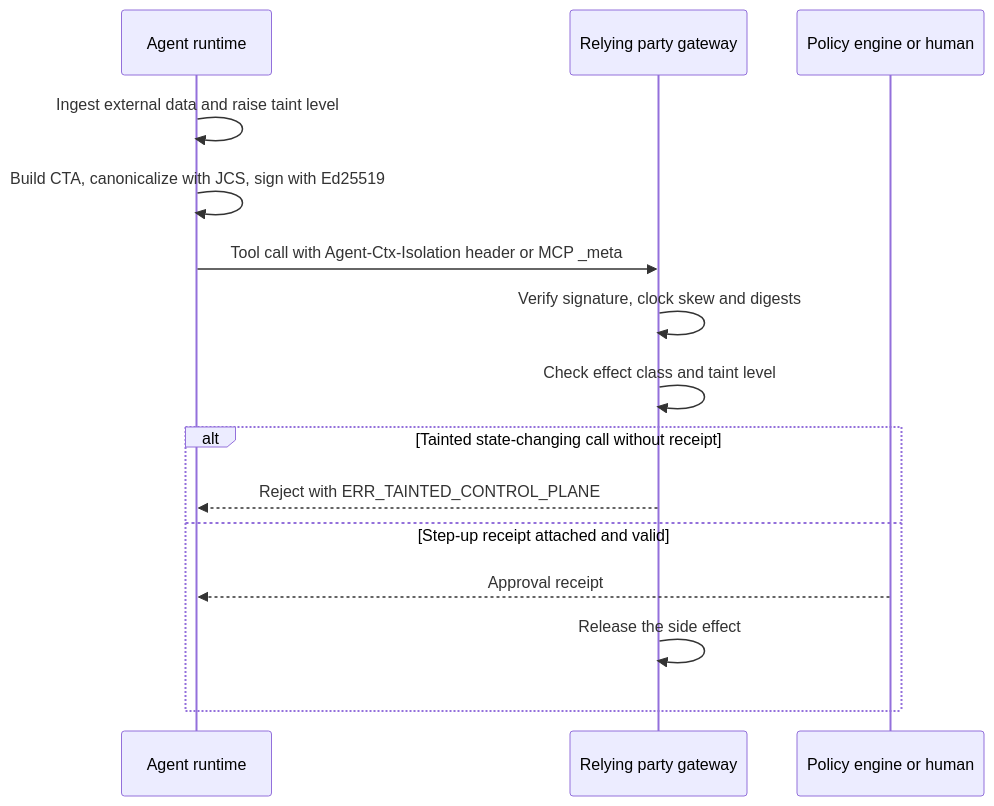
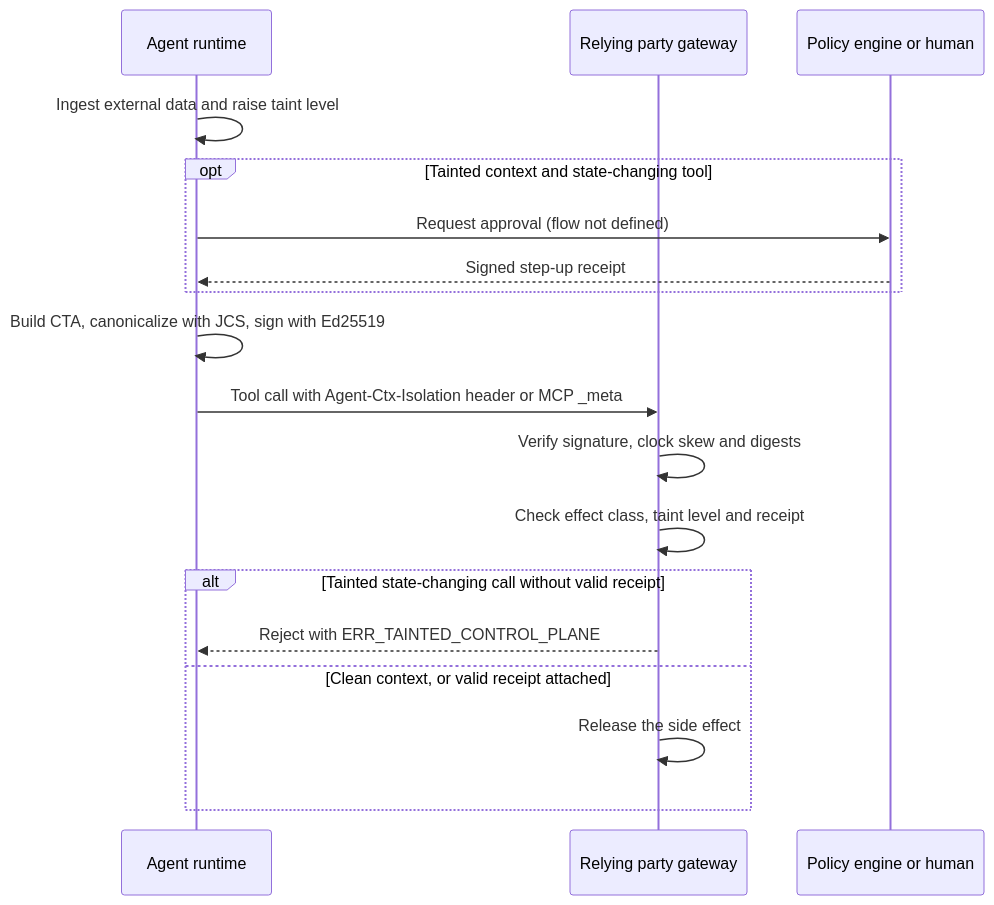
The diagram in tracks/ietf-wimse/deep-dives/draft-durga-wimse-ctx-isolation/README.ja.md (0-draft/identity-deep-dive), drawn with Mermaid before and after one commit. The commit also changed other lines of this file and 7 other files, not shown here.

````diff
--- a/tracks/ietf-wimse/deep-dives/draft-durga-wimse-ctx-isolation/README.ja.md
+++ b/tracks/ietf-wimse/deep-dives/draft-durga-wimse-ctx-isolation/README.ja.md
@@ -11,17 +11,20 @@
 ```mermaid
 sequenceDiagram
     participant R as Agent runtime
     participant G as Relying party gateway
     participant P as Policy engine or human
     R->>R: Ingest external data and raise taint level
+    opt Tainted context and state-changing tool
+        R->>P: Request approval (flow not defined)
+        P-->>R: Signed step-up receipt
+    end
     R->>R: Build CTA, canonicalize with JCS, sign with Ed25519
     R->>G: Tool call with Agent-Ctx-Isolation header or MCP _meta
     G->>G: Verify signature, clock skew and digests
-    G->>G: Check effect class and taint level
-    alt Tainted state-changing call without receipt
+    G->>G: Check effect class, taint level and receipt
+    alt Tainted state-changing call without valid receipt
         G-->>R: Reject with ERR_TAINTED_CONTROL_PLANE
-    else Step-up receipt attached and valid
-        P-->>R: Approval receipt
+    else Clean context, or valid receipt attached
         G->>G: Release the side effect
     end
 ```
````
